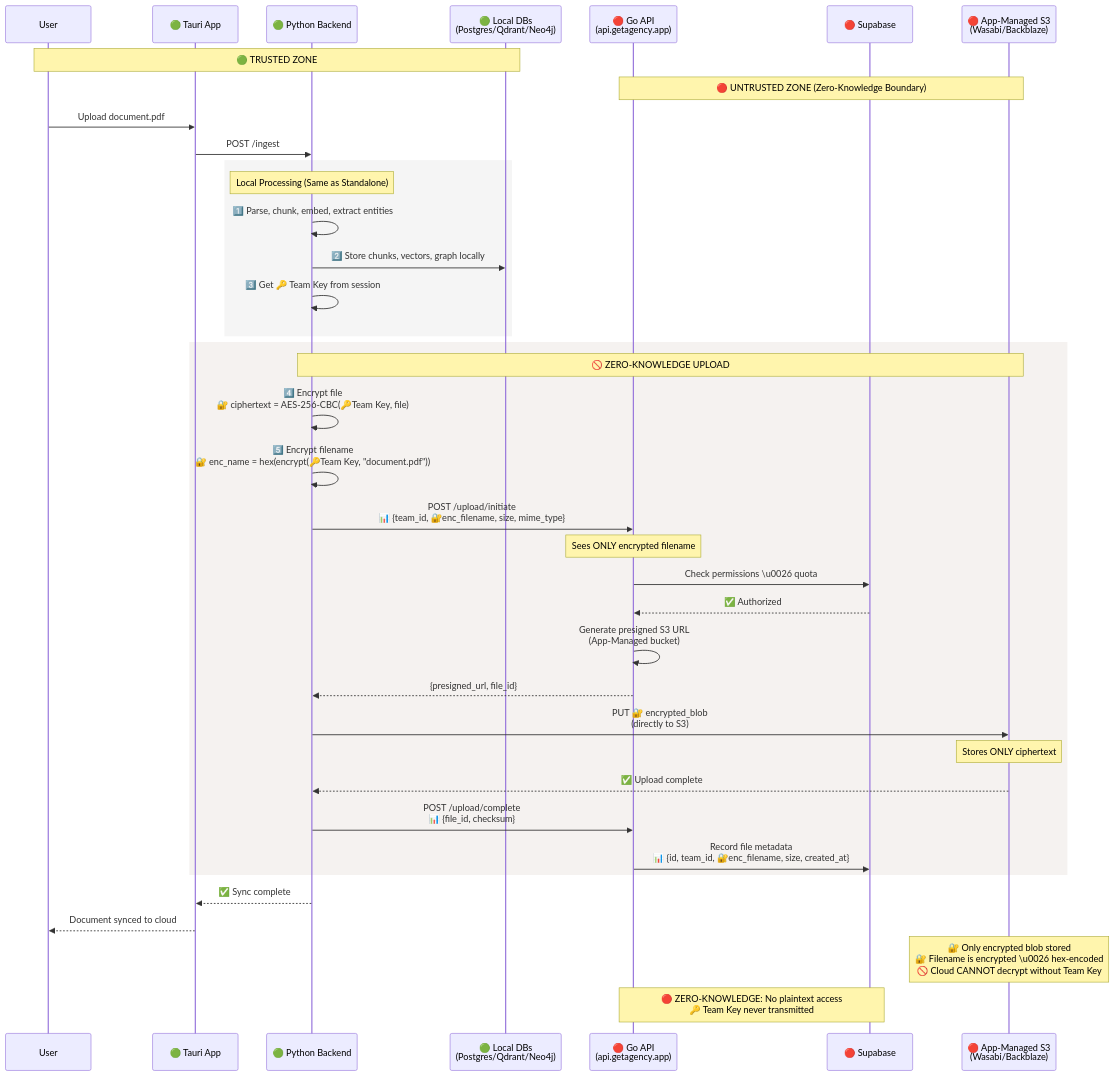
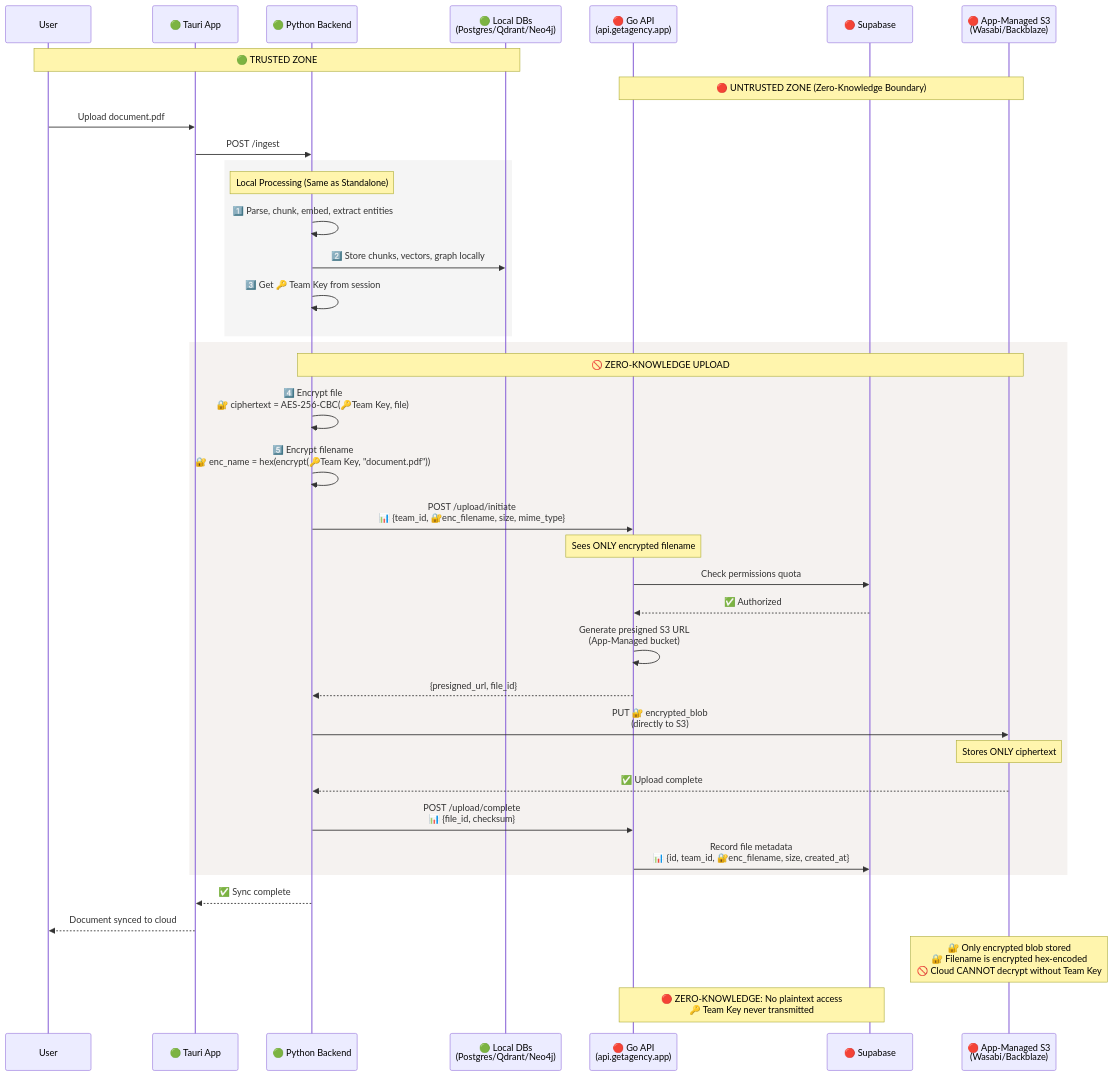
One commit to getagencyapp/docs changed the fourth of 11 diagrams in 07a. Security Flow Diagrams.md. Above: the diagram before and after it, drawn with Mermaid. The commit also changed other lines of this file, not shown here.

Commit message:
Update security flow diagrams for clarity and consistency

````diff
--- a/07a. Security Flow Diagrams.md
+++ b/07a. Security Flow Diagrams.md
@@ -159,52 +159,52 @@
 ```mermaid
 sequenceDiagram
     participant User
     participant TauriApp as 🟢 Tauri App
     participant PyBackend as 🟢 Python Backend
     participant LocalDBs as 🟢 Local DBs<br/>(Postgres/Qdrant/Neo4j)
     participant GoAPI as 🔴 Go API<br/>(api.getagency.app)
     participant Supabase as 🔴 Supabase
     participant S3 as 🔴 App-Managed S3<br/>(Wasabi/Backblaze)
 
     Note over User,LocalDBs: 🟢 TRUSTED ZONE
     Note over GoAPI,S3: 🔴 UNTRUSTED ZONE (Zero-Knowledge Boundary)
     
     User->>TauriApp: Upload document.pdf
     TauriApp->>PyBackend: POST /ingest
     
     rect rgb(245, 245, 245)
         Note over PyBackend: Local Processing (Same as Standalone)
         PyBackend->>PyBackend: 1️⃣ Parse, chunk, embed, extract entities
         PyBackend->>LocalDBs: 2️⃣ Store chunks, vectors, graph locally
         PyBackend->>PyBackend: 3️⃣ Get 🔑 Team Key from session
     end
     
     rect rgb(245, 242, 240)
         Note over PyBackend,S3: 🚫 ZERO-KNOWLEDGE UPLOAD
         
         PyBackend->>PyBackend: 4️⃣ Encrypt file<br/>🔐 ciphertext = AES-256-CBC(🔑Team Key, file)
         PyBackend->>PyBackend: 5️⃣ Encrypt filename<br/>🔐 enc_name = hex(encrypt(🔑Team Key, "document.pdf"))
         
         PyBackend->>GoAPI: POST /upload/initiate<br/>📊 {team_id, 🔐enc_filename, size, mime_type}
         Note over GoAPI: Sees ONLY encrypted filename
         
-        GoAPI->>Supabase: Check permissions \u0026 quota
+        GoAPI->>Supabase: Check permissions quota
         Supabase-->>GoAPI: ✅ Authorized
         
         GoAPI->>GoAPI: Generate presigned S3 URL<br/>(App-Managed bucket)
         GoAPI-->>PyBackend: {presigned_url, file_id}
         
         PyBackend->>S3: PUT 🔐 encrypted_blob<br/>(directly to S3)
         Note over S3: Stores ONLY ciphertext
         S3-->>PyBackend: ✅ Upload complete
         
         PyBackend->>GoAPI: POST /upload/complete<br/>📊 {file_id, checksum}
         GoAPI->>Supabase: Record file metadata<br/>📊 {id, team_id, 🔐enc_filename, size, created_at}
     end
     
     PyBackend-->>TauriApp: ✅ Sync complete
     TauriApp-->>User: Document synced to cloud
     
-    Note over S3: 🔐 Only encrypted blob stored<br/>🔐 Filename is encrypted \u0026 hex-encoded<br/>🚫 Cloud CANNOT decrypt without Team Key
+    Note over S3: 🔐 Only encrypted blob stored<br/>🔐 Filename is encrypted hex-encoded<br/>🚫 Cloud CANNOT decrypt without Team Key
     Note over GoAPI,Supabase: 🔴 ZERO-KNOWLEDGE: No plaintext access<br/>🔑 Team Key never transmitted
 ```
````
